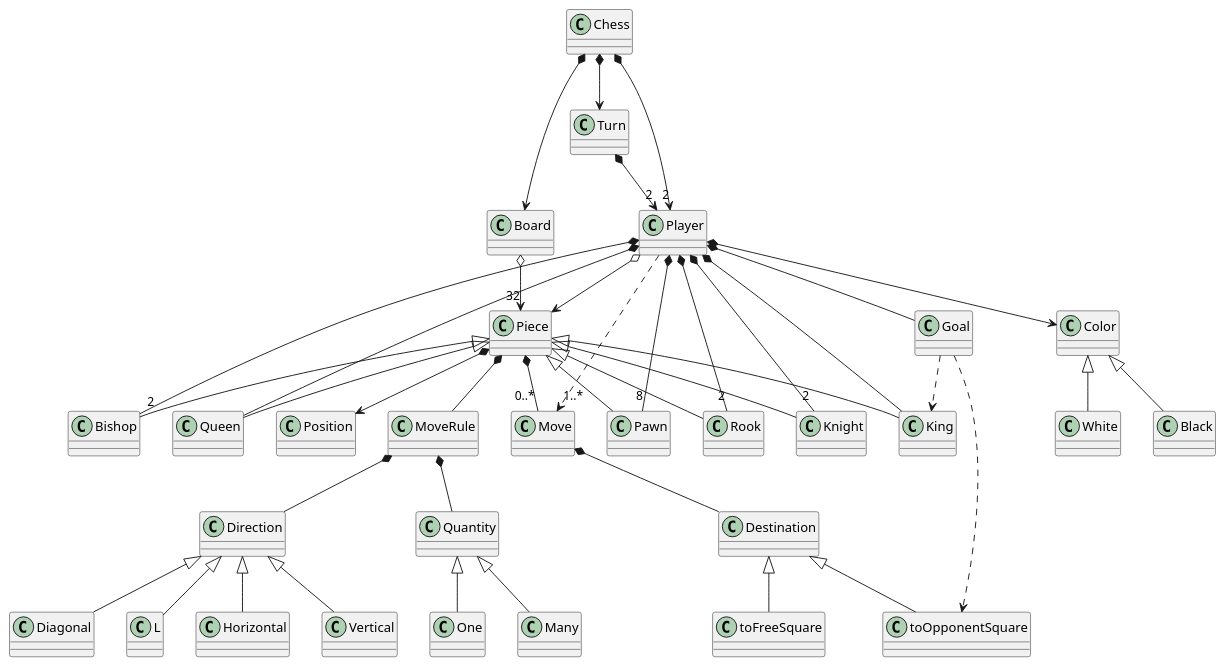
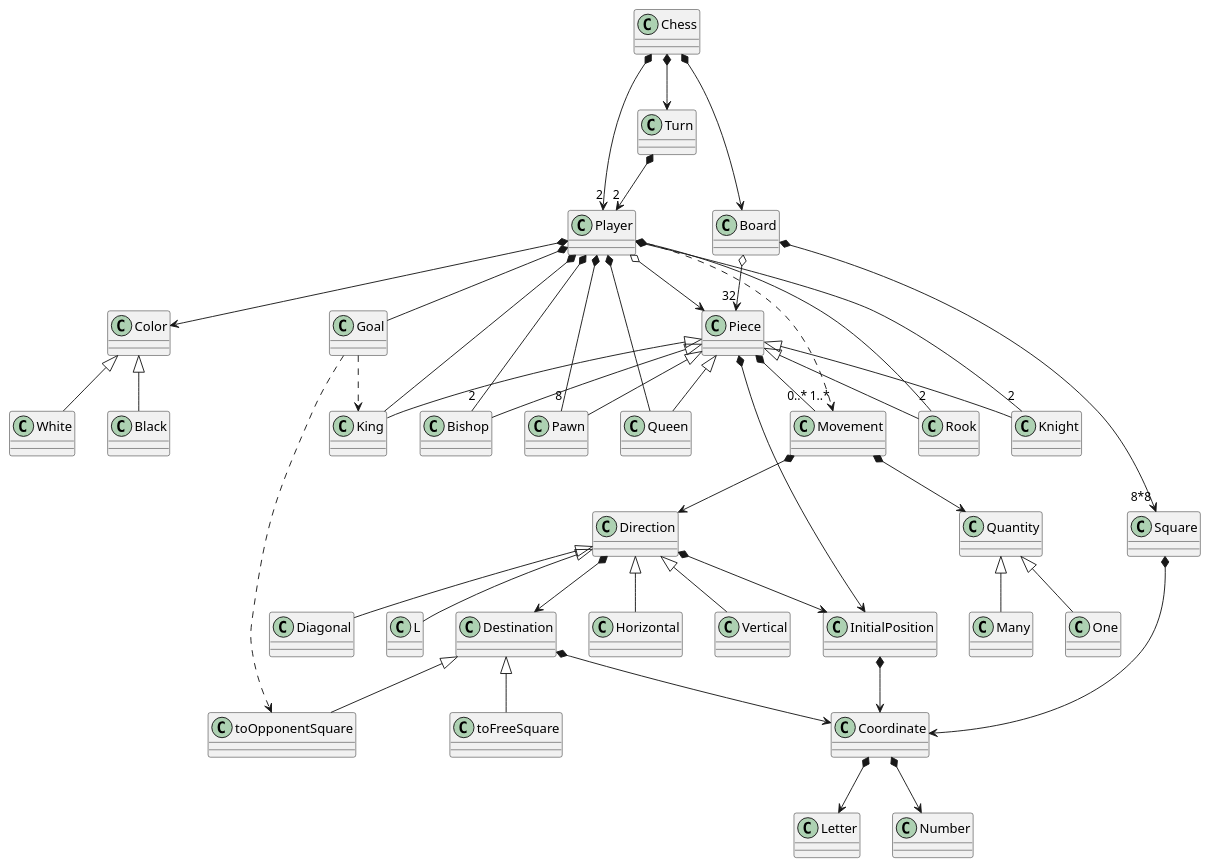
Before and after one commit to japc78/escuelait-masterds-02-poo-chess: the diagram in uml/uml-model-domain.puml, drawn with PlantUML. The commit also changed 3 other files, not shown here.

```diff
--- a/uml/uml-model-domain.puml
+++ b/uml/uml-model-domain.puml
@@ -1,70 +1,86 @@
 @startuml Chess
 
 	class Chess
 	class Turn
 	class Player
 	class Board
+	class Square
+
+	class Coordinate
+	class Letter
+	class Number
 
 	class Piece
 	class Pawn
 	class Rook
 	class Knight
 	class Bishop
 	class Queen
 	class King
 
 	class Color
 	class White
 	class Black
-	class Move
+	class Movement
+
+
 
 	Chess *--> Turn
 	Chess *--> Board
 	Chess *--> "2" Player
 
 	Turn *--> "2" Player
 
 	Board o--> "32" Piece
+	Board *--> "8*8" Square
+	Square *--> Coordinate
 
-	Player ..> "1..*" Move
+	Coordinate *--> Letter
+	Coordinate *-->Number
+
+	Player ..> "1..*" Movement
 	Player *--> Color
 	Player o--> Piece
 	Player *-- King
 	Player *-- Queen
 	Player *-- "2" Bishop
 	Player *-- "2" Knight
 	Player *-- "2" Rook
 	Player *-- "8" Pawn
 
-  Player *-- Goal
+  	Player *-- Goal
 	Goal ..> toOpponentSquare
 	Goal ..> King
 
 	Color <|-- White
 	Color <|-- Black
 
 	Piece <|-- Pawn
 	Piece <|-- Bishop
 	Piece <|-- Knight
 	Piece <|-- Rook
 	Piece <|-- Queen
 	Piece <|-- King
-	Piece *--> Position
-    Piece *-- "0..*" Move
-	Piece *-- MoveRule
-
-	Move *-- Destination
-	MoveRule *-- Direction
-	MoveRule *-- Quantity
+	Piece *--> InitialPosition
+    Piece *-- "0..*" Movement
 
 	Destination <|-- toFreeSquare
 	Destination <|-- toOpponentSquare
+	Destination *--> Coordinate
+
+	Direction *--> InitialPosition
+	Direction *--> Destination
+
+	InitialPosition *--> Coordinate
+
+	Movement *--> Direction
+	Movement *--> Quantity
 
 	Direction <|-- Horizontal
 	Direction <|-- Vertical
 	Direction <|-- Diagonal
 	Direction <|-- L
 
 	Quantity <|-- One
 	Quantity <|-- Many
 @enduml
```
